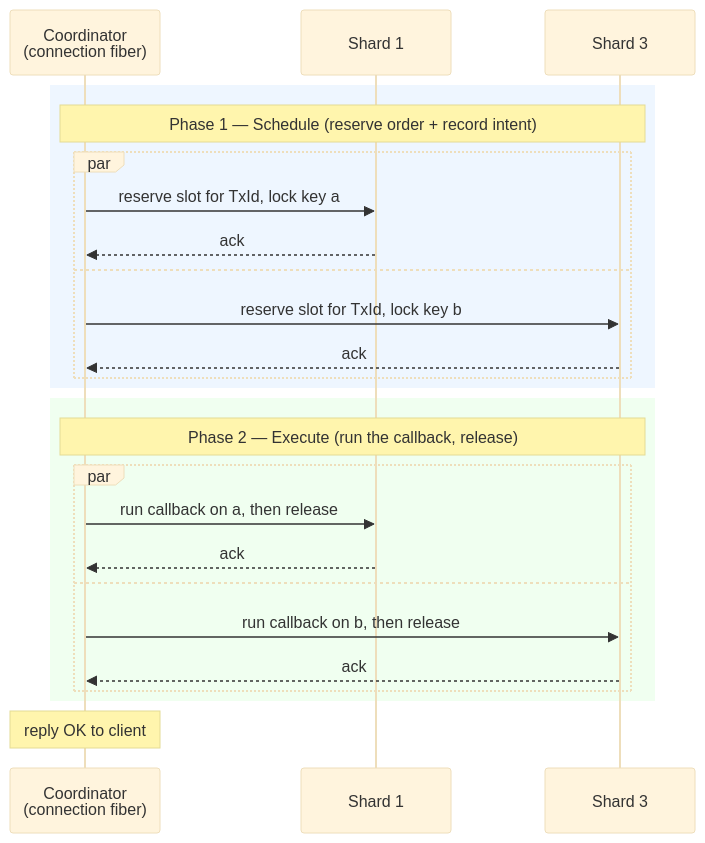
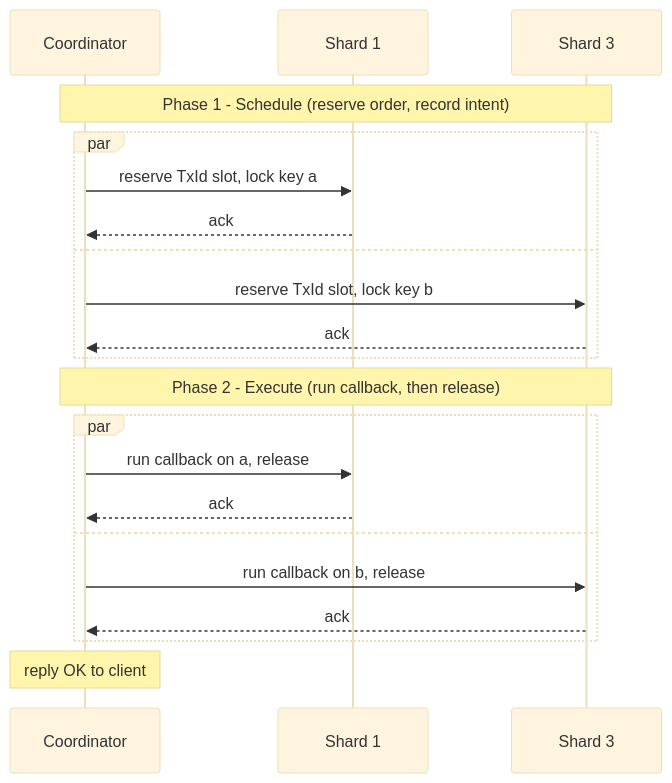
Before and after one commit to warrenzhu25/dragonfly: the first of 2 diagrams in docs/notes/dragonfly-internals/04-transactions.md, drawn with Mermaid (base theme). The commit also changed other lines of this file, not shown here.

First line of the commit message:
docs: fix Mermaid diagrams to render on GitHub

````diff
--- a/docs/notes/dragonfly-internals/04-transactions.md
+++ b/docs/notes/dragonfly-internals/04-transactions.md
@@ -58,30 +58,23 @@
 ```mermaid
 sequenceDiagram
-    participant C as Coordinator<br/>(connection fiber)
+    participant C as Coordinator
     participant S1 as Shard 1
     participant S3 as Shard 3
-
-    rect rgb(238, 246, 255)
-    note over C,S3: Phase 1 — Schedule (reserve order + record intent)
+    Note over C,S3: Phase 1 - Schedule (reserve order, record intent)
     par
-        C->>S1: reserve slot for TxId, lock key a
+        C->>S1: reserve TxId slot, lock key a
         S1-->>C: ack
     and
-        C->>S3: reserve slot for TxId, lock key b
+        C->>S3: reserve TxId slot, lock key b
         S3-->>C: ack
     end
-    end
-
-    rect rgb(240, 255, 240)
-    note over C,S3: Phase 2 — Execute (run the callback, release)
+    Note over C,S3: Phase 2 - Execute (run callback, then release)
     par
-        C->>S1: run callback on a, then release
+        C->>S1: run callback on a, release
         S1-->>C: ack
     and
-        C->>S3: run callback on b, then release
+        C->>S3: run callback on b, release
         S3-->>C: ack
     end
-    end
-
-    note over C: reply OK to client
+    Note over C: reply OK to client
 ```
````
